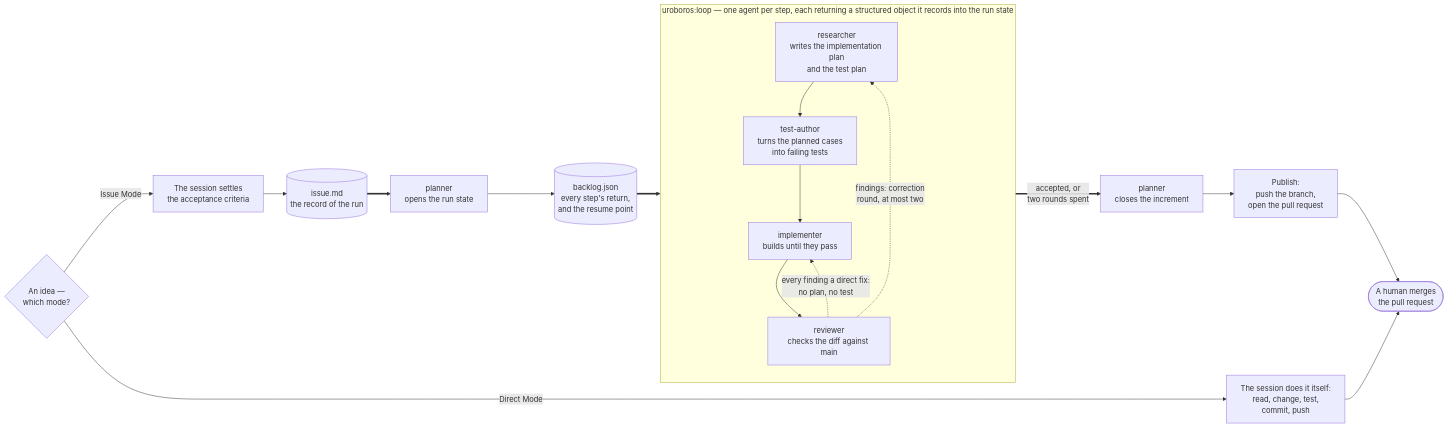
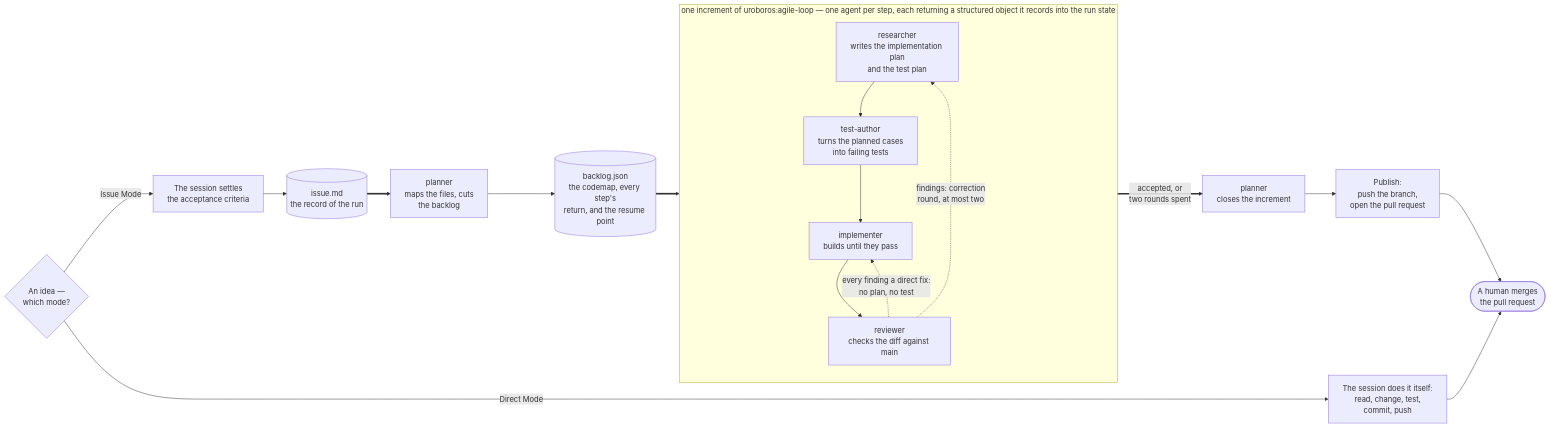
The first of 4 diagrams in README.md (artkoenig/athena), drawn with Mermaid before and after one commit. The commit also changed other lines of this file and 10 other files, not shown here.

First line of the commit message:
One workflow: the planner maps what the issue changes, and cuts (#67)

````diff
--- a/README.md
+++ b/README.md
@@ -27,26 +27,26 @@
 ```mermaid
 flowchart LR
     MODE{"An idea —<br/>which mode?"}
     MODE -->|"Direct Mode"| DIRECT["The session does it itself:<br/>read, change, test,<br/>commit, push"]
     MODE -->|"Issue Mode"| CRIT["The session settles<br/>the acceptance criteria"]
     CRIT --> ISSUE[("issue.md<br/>the record of the run")]
-    ISSUE ==> OPEN["planner<br/>opens the run state"]
-    OPEN --> STATE[("backlog.json<br/>every step's return,<br/>and the resume point")]
+    ISSUE ==> OPEN["planner<br/>maps the files, cuts<br/>the backlog"]
+    OPEN --> STATE[("backlog.json<br/>the codemap, every step's<br/>return, and the resume point")]
     STATE ==> RES
 
-    subgraph LOOP["uroboros:loop — one agent per step, each returning a structured object it records into the run state"]
+    subgraph LOOP["one increment of uroboros:agile-loop — one agent per step, each returning a structured object it records into the run state"]
         direction TB
         RES["researcher<br/>writes the implementation plan<br/>and the test plan"]
         TEST["test-author<br/>turns the planned cases<br/>into failing tests"]
         IMPL["implementer<br/>builds until they pass"]
         REV["reviewer<br/>checks the diff against main"]
         RES --> TEST --> IMPL --> REV
         REV -.->|"findings: correction<br/>round, at most two"| RES
         REV -.->|"every finding a direct fix:<br/>no plan, no test"| IMPL
     end
 
     REV ==>|"accepted, or<br/>two rounds spent"| CLOSE["planner<br/>closes the increment"]
     CLOSE --> PUB["Publish:<br/>push the branch,<br/>open the pull request"]
     PUB --> MERGE(["A human merges<br/>the pull request"])
     DIRECT --> MERGE
 ```
````
